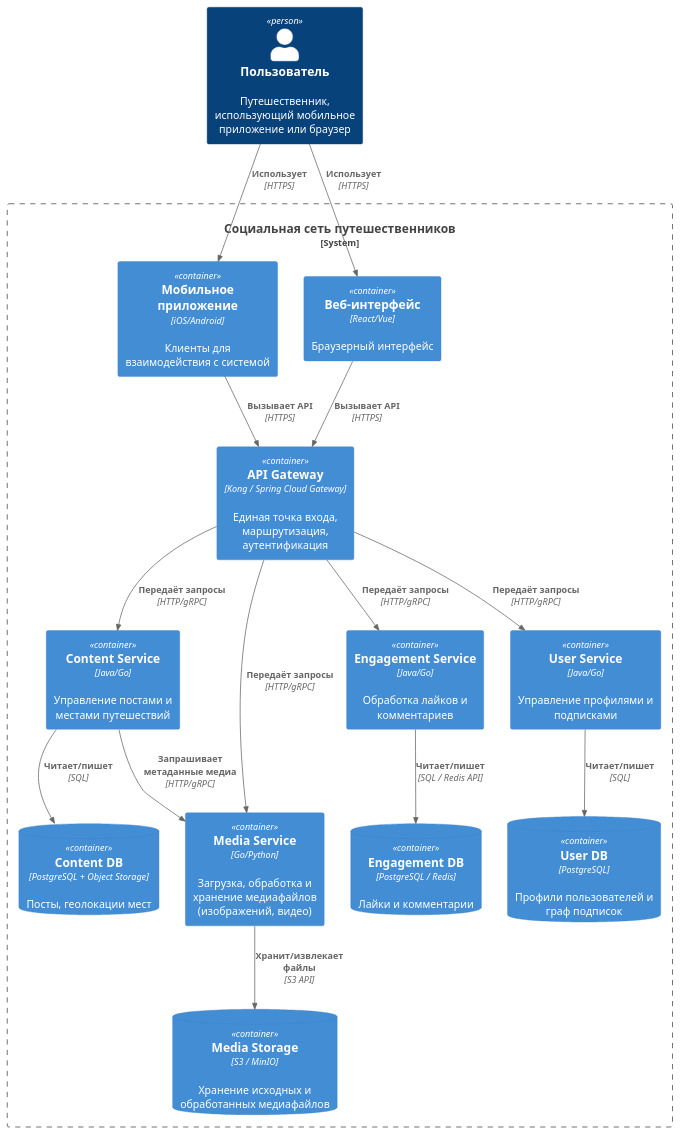
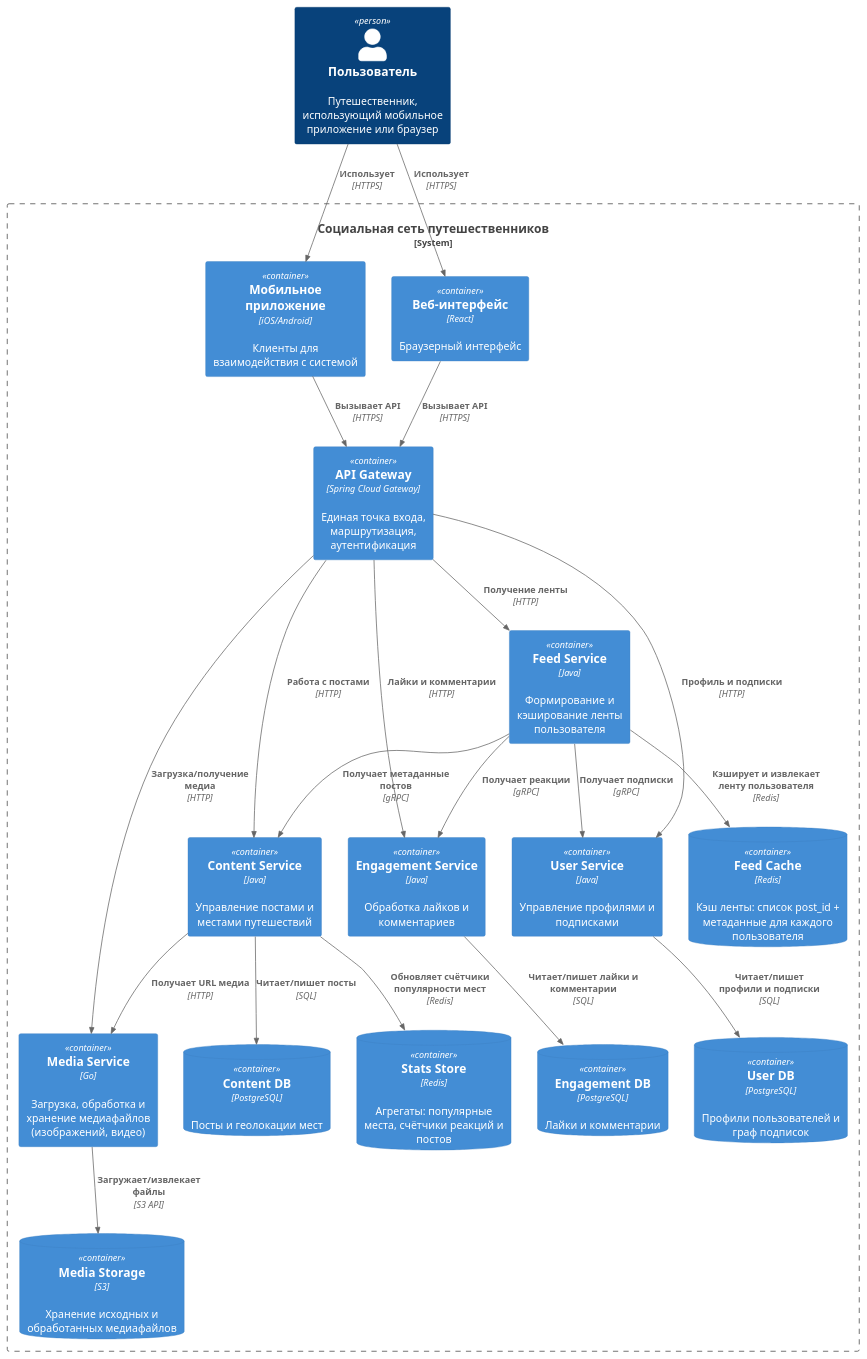
Before and after one commit to gas-coder/social_network_system_design: the diagram in container.puml, drawn with PlantUML.

```diff
--- a/container.puml
+++ b/container.puml
@@ -1,51 +1,60 @@
 @startuml
 !include https://raw.githubusercontent.com/plantuml-stdlib/C4-PlantUML/master/C4_Container.puml
 
 Person(user, "Пользователь", "Путешественник, использующий мобильное приложение или браузер")
 
 System_Boundary(social_travel_network_boundary, "Социальная сеть путешественников") {
 
     ' Клиенты
     Container(mobile_app, "Мобильное приложение", "iOS/Android", "Клиенты для взаимодействия с системой")
-    Container(web_frontend, "Веб-интерфейс", "React/Vue", "Браузерный интерфейс")
+    Container(web_frontend, "Веб-интерфейс", "React", "Браузерный интерфейс")
 
     ' API шлюз
-    Container(api_gateway, "API Gateway", "Kong / Spring Cloud Gateway", "Единая точка входа, маршрутизация, аутентификация")
+    Container(api_gateway, "API Gateway", "Spring Cloud Gateway", "Единая точка входа, маршрутизация, аутентификация")
 
     ' Микросервисы
-    Container(content_service, "Content Service", "Java/Go", "Управление постами и местами путешествий")
-    Container(media_service, "Media Service", "Go/Python", "Загрузка, обработка и хранение медиафайлов (изображений, видео)")
-    Container(engagement_service, "Engagement Service", "Java/Go", "Обработка лайков и комментариев")
-    Container(user_service, "User Service", "Java/Go", "Управление профилями и подписками")
+    Container(content_service, "Content Service", "Java", "Управление постами и местами путешествий")
+    Container(media_service, "Media Service", "Go", "Загрузка, обработка и хранение медиафайлов (изображений, видео)")
+    Container(engagement_service, "Engagement Service", "Java", "Обработка лайков и комментариев")
+    Container(user_service, "User Service", "Java", "Управление профилями и подписками")
+    Container(feed_service, "Feed Service", "Java", "Формирование и кэширование ленты пользователя")
 
     ' Хранилища
-    ContainerDb(content_db, "Content DB", "PostgreSQL + Object Storage", "Посты, геолокации мест")
-    ContainerDb(media_storage, "Media Storage", "S3 / MinIO", "Хранение исходных и обработанных медиафайлов")
-    ContainerDb(engagement_db, "Engagement DB", "PostgreSQL / Redis", "Лайки и комментарии")
+    ContainerDb(content_db, "Content DB", "PostgreSQL", "Посты и геолокации мест")
+    ContainerDb(media_storage, "Media Storage", "S3", "Хранение исходных и обработанных медиафайлов")
+    ContainerDb(engagement_db, "Engagement DB", "PostgreSQL", "Лайки и комментарии")
     ContainerDb(user_db, "User DB", "PostgreSQL", "Профили пользователей и граф подписок")
+    ContainerDb(feed_cache, "Feed Cache", "Redis", "Кэш ленты: список post_id + метаданные для каждого пользователя")
+    ContainerDb(stats_store, "Stats Store", "Redis", "Агрегаты: популярные места, счётчики реакций и постов")
 
 }
 
 ' Связи от пользователя к клиентам
 Rel(user, mobile_app, "Использует", "HTTPS")
 Rel(user, web_frontend, "Использует", "HTTPS")
 
 ' Клиенты → API Gateway 
 Rel(mobile_app, api_gateway, "Вызывает API", "HTTPS")
 Rel(web_frontend, api_gateway, "Вызывает API", "HTTPS")
 
 ' API Gateway → Микросервисы 
-Rel(api_gateway, content_service, "Передаёт запросы", "HTTP/gRPC")
-Rel(api_gateway, media_service, "Передаёт запросы", "HTTP/gRPC")
-Rel(api_gateway, engagement_service, "Передаёт запросы", "HTTP/gRPC")
-Rel(api_gateway, user_service, "Передаёт запросы", "HTTP/gRPC")
+Rel(api_gateway, content_service, "Работа с постами", "HTTP")
+Rel(api_gateway, media_service, "Загрузка/получение медиа", "HTTP")
+Rel(api_gateway, engagement_service, "Лайки и комментарии", "HTTP")
+Rel(api_gateway, user_service, "Профиль и подписки", "HTTP")
+Rel(api_gateway, feed_service, "Получение ленты", "HTTP")
 
 ' Внутренние взаимодействия между сервисами
-Rel(content_service, media_service, "Запрашивает метаданные медиа", "HTTP/gRPC")
+Rel(feed_service, user_service, "Получает подписки", "gRPC")
+Rel(feed_service, content_service, "Получает метаданные постов", "gRPC")
+Rel(feed_service, engagement_service, "Получает реакции", "gRPC")
+Rel(content_service, media_service, "Получает URL медиа", "HTTP")
 
 ' Микросервисы → Базы данных
-Rel(content_service, content_db, "Читает/пишет", "SQL")
-Rel(media_service, media_storage, "Хранит/извлекает файлы", "S3 API")
-Rel(engagement_service, engagement_db, "Читает/пишет", "SQL / Redis API")
-Rel(user_service, user_db, "Читает/пишет", "SQL")
+Rel(content_service, content_db, "Читает/пишет посты", "SQL")
+Rel(media_service, media_storage, "Загружает/извлекает файлы", "S3 API")
+Rel(engagement_service, engagement_db, "Читает/пишет лайки и комментарии", "SQL")
+Rel(user_service, user_db, "Читает/пишет профили и подписки", "SQL")
+Rel(feed_service, feed_cache, "Кэширует и извлекает ленту пользователя", "Redis")
+Rel(content_service, stats_store, "Обновляет счётчики популярности мест", "Redis")
 @enduml
```
